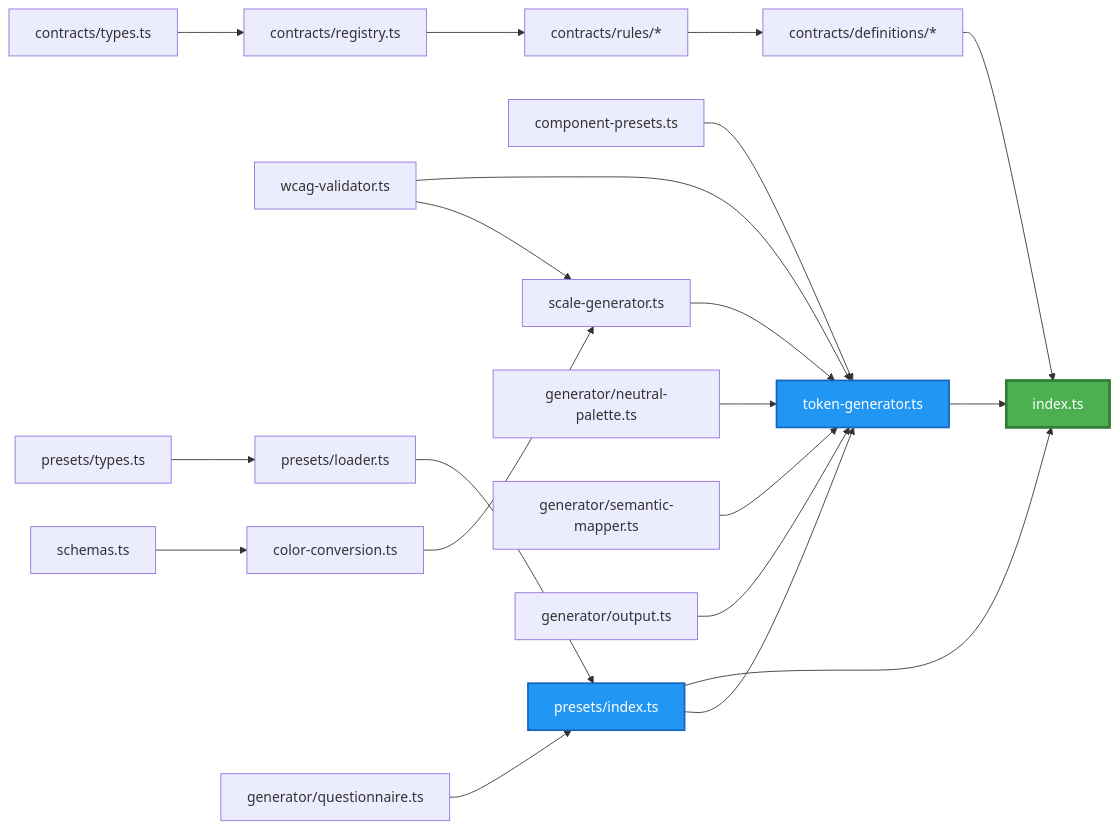
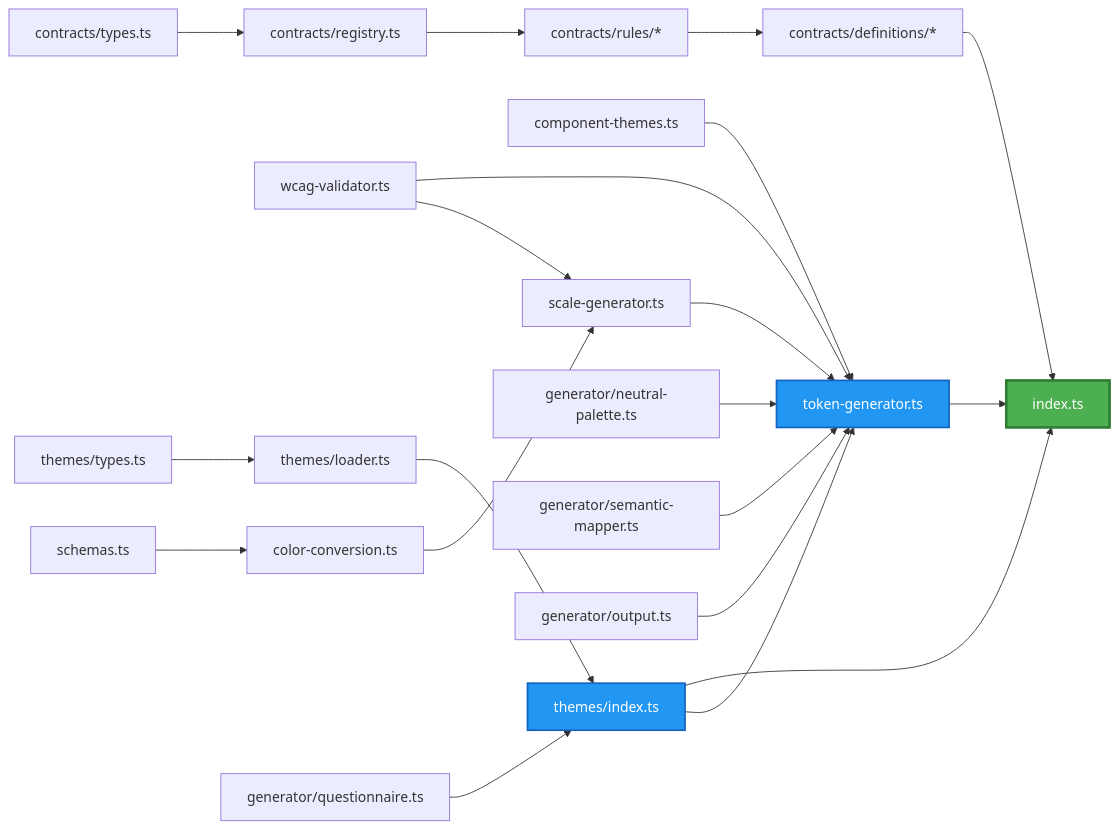
One commit to soo-kate-yeon/framingui changed the second of 7 diagrams in docs/architecture/README.md. Above: the diagram before and after it, drawn with Mermaid. The commit also changed other lines of this file and 301 other files, not shown here.

````diff
--- a/docs/architecture/README.md
+++ b/docs/architecture/README.md
@@ -86,32 +86,32 @@
 ```mermaid
 graph LR
     A[schemas.ts] --> B[color-conversion.ts]
     B --> C[scale-generator.ts]
     C --> D[token-generator.ts]
 
     E[wcag-validator.ts] --> C
     E --> D
 
-    F[component-presets.ts] --> D
+    F[component-themes.ts] --> D
 
-    G[presets/types.ts] --> H[presets/loader.ts]
-    H --> I[presets/index.ts]
+    G[themes/types.ts] --> H[themes/loader.ts]
+    H --> I[themes/index.ts]
     I --> D
 
     J[contracts/types.ts] --> K[contracts/registry.ts]
     K --> L[contracts/rules/*]
     L --> M[contracts/definitions/*]
 
     N[generator/neutral-palette.ts] --> D
     O[generator/semantic-mapper.ts] --> D
     P[generator/questionnaire.ts] --> I
     Q[generator/output.ts] --> D
 
     D --> R[index.ts]
     I --> R
     M --> R
 
     style R fill:#4CAF50,stroke:#2E7D32,stroke-width:3px,color:#fff
     style D fill:#2196F3,stroke:#1565C0,stroke-width:2px,color:#fff
     style I fill:#2196F3,stroke:#1565C0,stroke-width:2px,color:#fff
 ```
````
